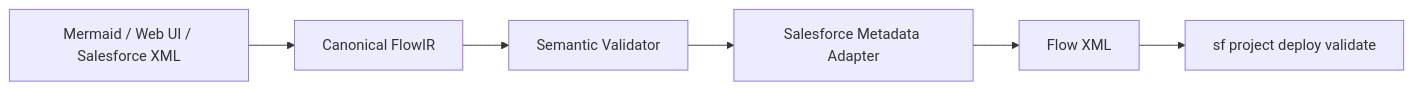
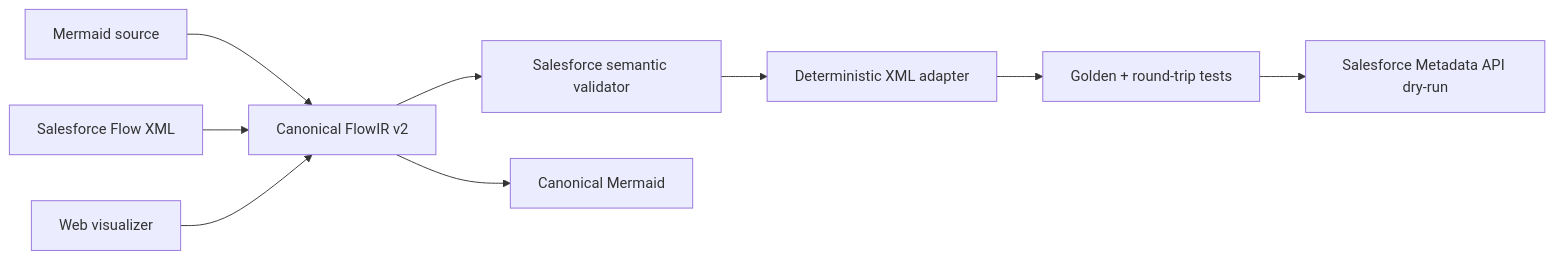
One commit to krukmat/Mermaid2SF changed the first of 14 diagrams in README.md. Above: the diagram before and after it, drawn with Mermaid. The commit also changed other lines of this file, not shown here.

````diff
--- a/README.md
+++ b/README.md
@@ -17,8 +41,13 @@
-```mermaid
+~~~mermaid
 flowchart LR
-    A[Mermaid / Web UI / Salesforce XML] --> B[Canonical FlowIR]
-    B --> C[Semantic Validator]
-    C --> D[Salesforce Metadata Adapter]
-    D --> E[Flow XML]
-    E --> F[sf project deploy validate]
-```
+    M[Mermaid source] --> IR[Canonical FlowIR v2]
+    SF[Salesforce Flow XML] --> IR
+    UI[Web visualizer] --> IR
+
+    IR --> V[Salesforce semantic validator]
+    V --> X[Deterministic XML adapter]
+    X --> G[Golden + round-trip tests]
+    G --> O[Salesforce Metadata API dry-run]
+
+    IR --> MM[Canonical Mermaid]
+~~~
````
